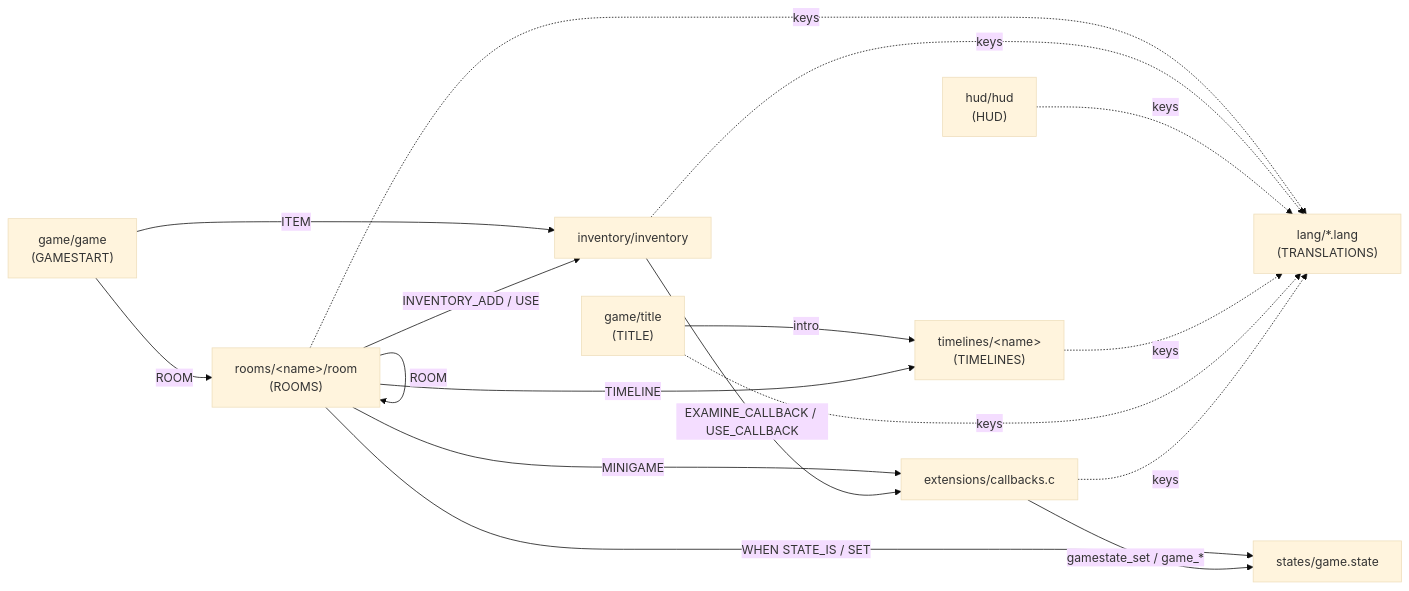
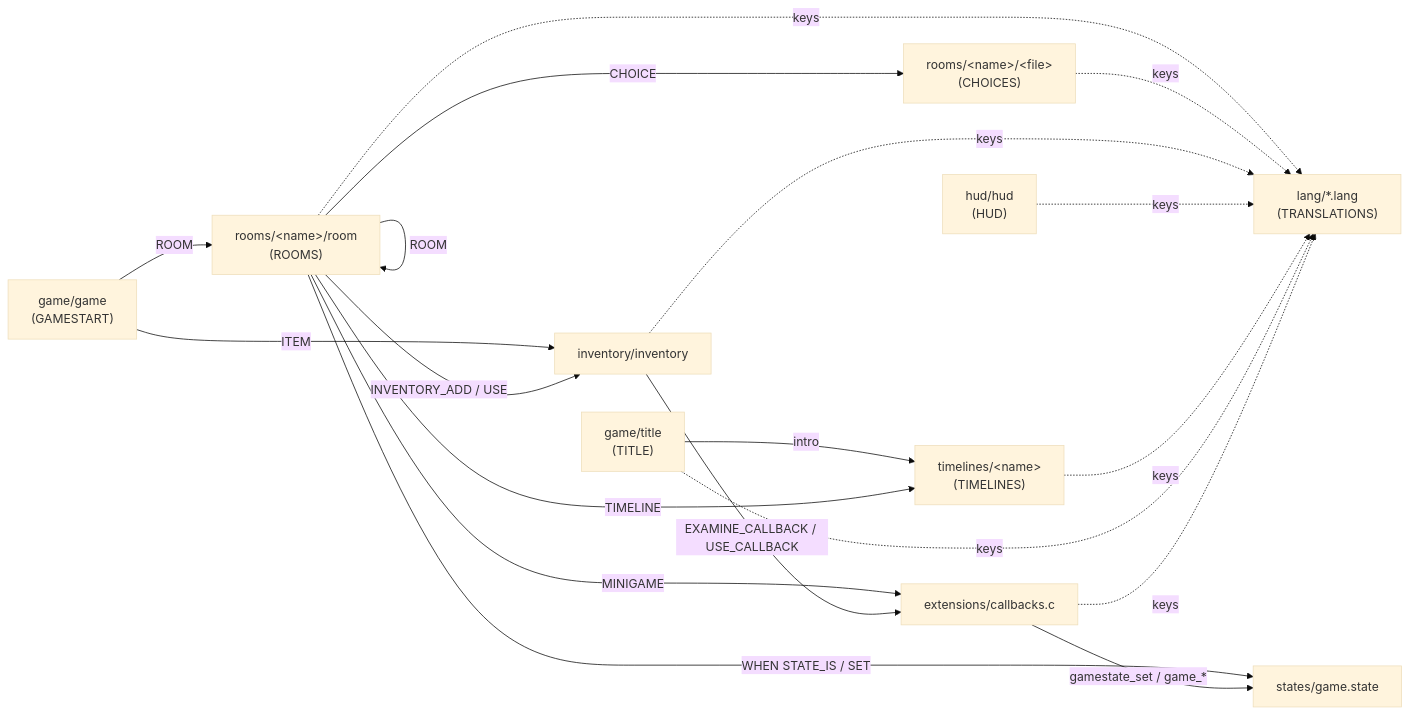
Before and after one commit to Mithweth/moteur-3ds: the diagram in docs/DEVELOPING.en.md, drawn with Mermaid (base theme). The commit also changed other lines of this file and 19 other files, not shown here.

````diff
--- a/docs/DEVELOPING.en.md
+++ b/docs/DEVELOPING.en.md
@@ -199,29 +208,32 @@
 ```mermaid
 flowchart LR
     GAME["game/game<br/>(GAMESTART)"]
     TITLE["game/title<br/>(TITLE)"]
     ROOM["rooms/&lt;name&gt;/room<br/>(ROOMS)"]
+    CHO["rooms/&lt;name&gt;/&lt;file&gt;<br/>(CHOICES)"]
     INV["inventory/inventory"]
     HUD["hud/hud<br/>(HUD)"]
     TL["timelines/&lt;name&gt;<br/>(TIMELINES)"]
     STATE["states/game.state"]
     LANG["lang/*.lang<br/>(TRANSLATIONS)"]
     EXT["extensions/callbacks.c"]
 
     GAME -- "ROOM" --> ROOM
     GAME -- "ITEM" --> INV
     TITLE -- "intro" --> TL
     ROOM -- "ROOM" --> ROOM
     ROOM -- "TIMELINE" --> TL
     ROOM -- "MINIGAME" --> EXT
+    ROOM -- "CHOICE" --> CHO
     ROOM -- "WHEN STATE_IS / SET" --> STATE
     ROOM -- "INVENTORY_ADD / USE" --> INV
     INV -- "EXAMINE_CALLBACK / USE_CALLBACK" --> EXT
     EXT -- "gamestate_set / game_*" --> STATE
     ROOM -. "keys" .-> LANG
+    CHO -. "keys" .-> LANG
     INV -. "keys" .-> LANG
     HUD -. "keys" .-> LANG
     TL -. "keys" .-> LANG
     TITLE -. "keys" .-> LANG
     EXT -. "keys" .-> LANG
 ```
````
